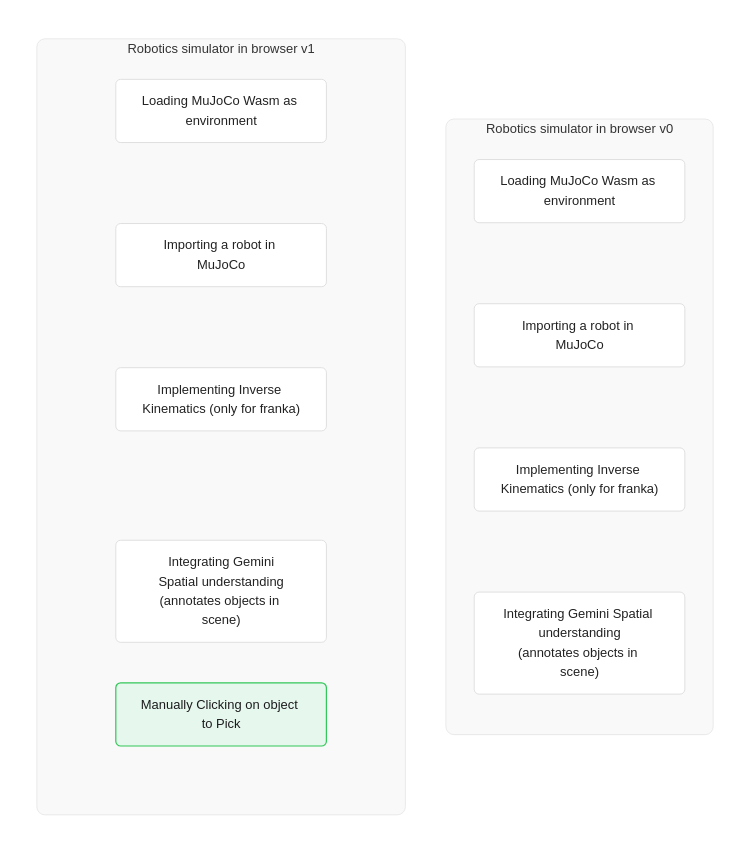
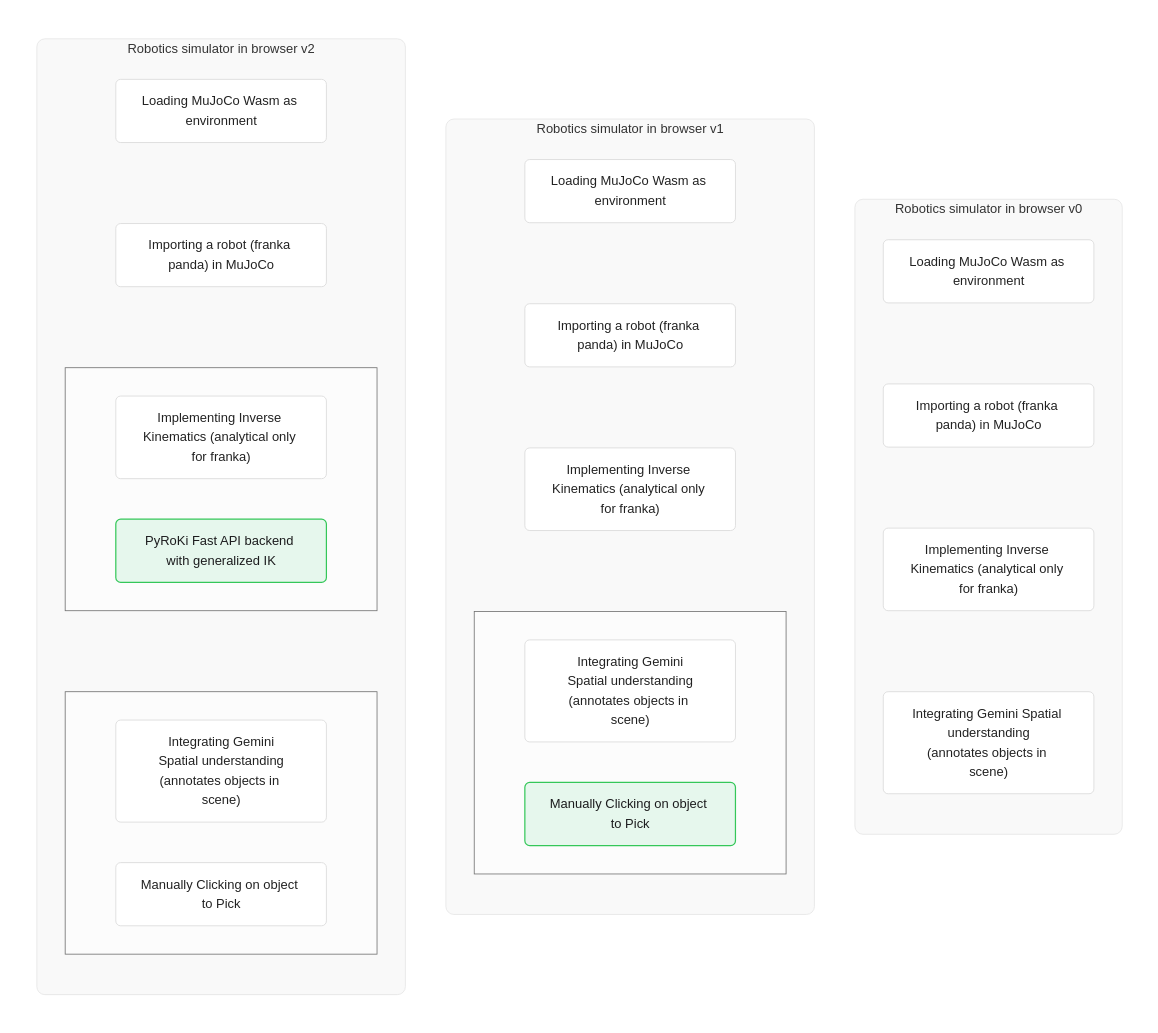
Before and after one commit to Amit0617/click-to-pick: the diagram in README.md, drawn with Mermaid (neutral theme). The commit also changed other lines of this file and 12 other files, not shown here.

Commit message:
feat: add PyRoKi API server for solving IK with fallback to analytical

````diff
--- a/README.md
+++ b/README.md
@@ -7,42 +7,64 @@
 ```mermaid
 flowchart LR
     subgraph root[" "]
         direction TB
         
         subgraph v0["Robotics simulator in browser v0"]
             direction TB
             A1["Loading MuJoCo Wasm as environment"]
-            A2["Importing a robot in MuJoCo"]
-            A3["Implementing Inverse Kinematics (only for franka)"]
+            A2["Importing a robot (franka panda) in MuJoCo"]
+            A3["Implementing Inverse Kinematics (analytical only for franka)"]
             A4["Integrating Gemini Spatial understanding<br/>(annotates objects in scene)"]
             
             A1 ~~~ A2 ~~~ A3 ~~~ A4
         end
 
         subgraph v1["Robotics simulator in browser v1"]
             direction TB
             B1["Loading MuJoCo Wasm as environment"]
-            B2["Importing a robot in MuJoCo"]
-            B3["Implementing Inverse Kinematics (only for franka)"]
+            B2["Importing a robot (franka panda) in MuJoCo"]
+            B3["Implementing Inverse Kinematics (analytical only for franka)"]
             
             subgraph bottomRow[" "]
                 direction LR
                 B4["Integrating Gemini<br/>Spatial understanding<br/>(annotates objects in scene)"]
                 B5["Manually Clicking on object to Pick"]
             end
             
             B1 ~~~ B2 ~~~ B3 ~~~ bottomRow
         end
+
+        subgraph v2["Robotics simulator in browser v2"]
+            direction TB
+            C1["Loading MuJoCo Wasm as environment"]
+            C2["Importing a robot (franka panda) in MuJoCo"]
+            
+            subgraph aboveBottomRow[" "]
+                direction LR
+                C3["Implementing Inverse Kinematics (analytical only for franka)"]
+                C4["PyRoKi Fast API backend with generalized IK"]
+            end
+
+            subgraph bottomRow1[" "]
+                direction LR
+                C5["Integrating Gemini<br/>Spatial understanding<br/>(annotates objects in scene)"]
+                C6["Manually Clicking on object to Pick"]
+            end
+            
+            C1 ~~~ C2 ~~~ aboveBottomRow ~~~ bottomRow1
+        end
    end
 
     %% Styles
     classDef default fill:#FFFFFF,stroke:#D9D9D9,stroke-width:1px,color:#222222,rx:6px;
     classDef greenCard fill:#E6F7ED,stroke:#34C759,stroke-width:1.5px,color:#1C1C1E,rx:6px;
     
     class B5 greenCard;
+    class C4 greenCard;
     
     style root fill:none,stroke:none;
     style v0 fill:#F9F9F9,stroke:#E5E5E5,stroke-width:1px,rx:10px;
     style v1 fill:#F9F9F9,stroke:#E5E5E5,stroke-width:1px,rx:10px;
-    style bottomRow fill:none,stroke:none;
+    style v2 fill:#F9F9F9,stroke:#E5E5E5,stroke-width:1px,rx:10px;
+
 ```
````
